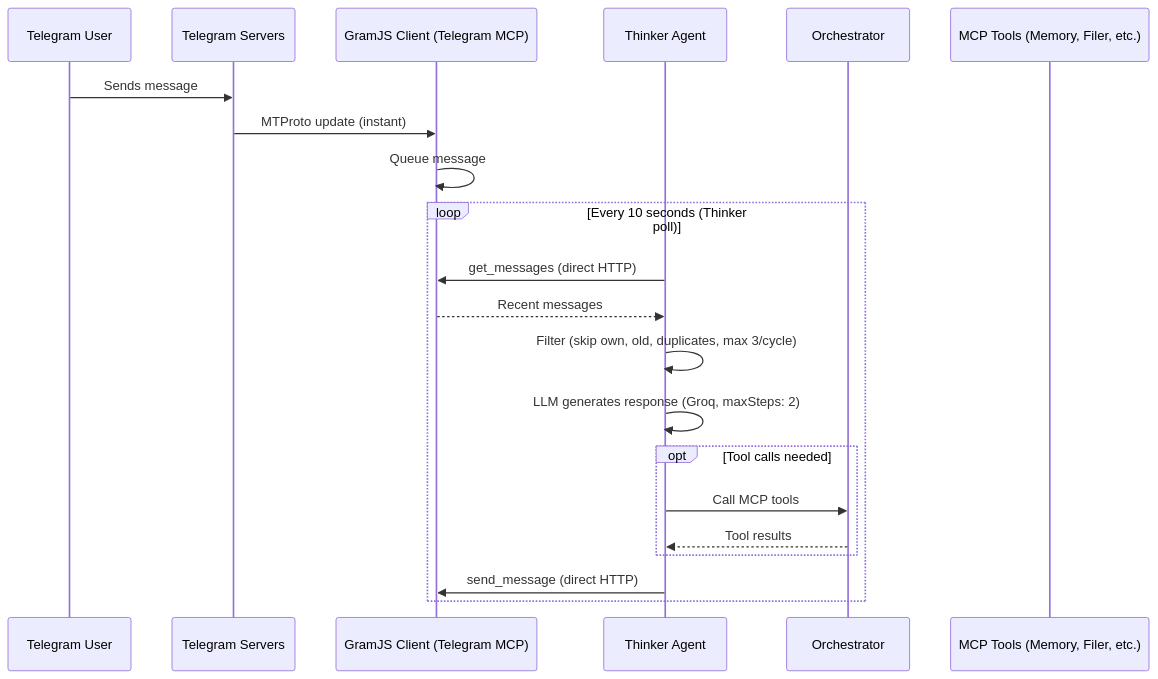
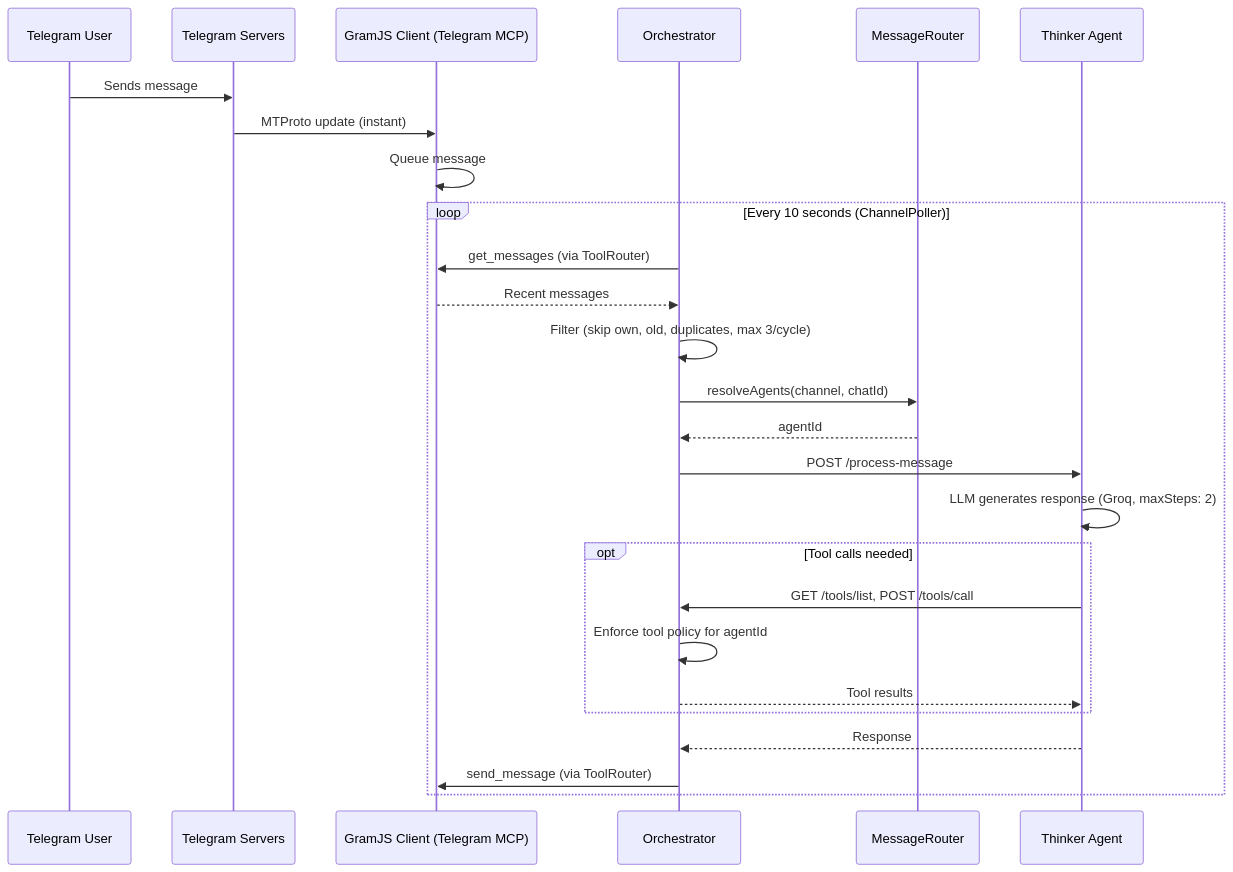
The third of 3 diagrams in README.md (cwikio/Hexa-Puffs), drawn with Mermaid before and after one commit. The commit also changed other lines of this file and 2 other files, not shown here.

````diff
--- a/README.md
+++ b/README.md
@@ -495,25 +514,30 @@
 ```mermaid
 sequenceDiagram
     participant User as Telegram User
     participant TG as Telegram Servers
     participant GramJS as GramJS Client (Telegram MCP)
+    participant Orch as Orchestrator
+    participant Router as MessageRouter
     participant Thinker as Thinker Agent
-    participant Orchestrator
-    participant Tools as MCP Tools (Memory, Filer, etc.)
 
     User->>TG: Sends message
     TG->>GramJS: MTProto update (instant)
     GramJS->>GramJS: Queue message
 
-    loop Every 10 seconds (Thinker poll)
-        Thinker->>GramJS: get_messages (direct HTTP)
-        GramJS-->>Thinker: Recent messages
-        Thinker->>Thinker: Filter (skip own, old, duplicates, max 3/cycle)
+    loop Every 10 seconds (ChannelPoller)
+        Orch->>GramJS: get_messages (via ToolRouter)
+        GramJS-->>Orch: Recent messages
+        Orch->>Orch: Filter (skip own, old, duplicates, max 3/cycle)
+        Orch->>Router: resolveAgents(channel, chatId)
+        Router-->>Orch: agentId
+        Orch->>Thinker: POST /process-message
         Thinker->>Thinker: LLM generates response (Groq, maxSteps: 2)
         opt Tool calls needed
-            Thinker->>Orchestrator: Call MCP tools
-            Orchestrator-->>Thinker: Tool results
+            Thinker->>Orch: GET /tools/list, POST /tools/call
+            Orch->>Orch: Enforce tool policy for agentId
+            Orch-->>Thinker: Tool results
         end
-        Thinker->>GramJS: send_message (direct HTTP)
+        Thinker-->>Orch: Response
+        Orch->>GramJS: send_message (via ToolRouter)
     end
 ```
````
